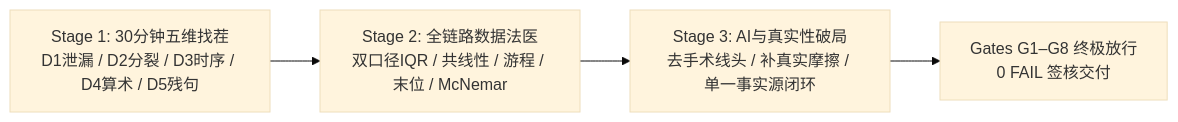
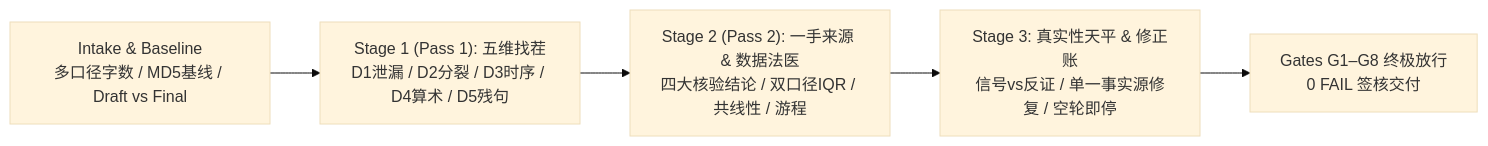
The diagram in README.md (jhuang-edu/academic-paper-challenger), drawn with Mermaid (base theme) before and after one commit. The commit also changed other lines of this file and 8 other files, not shown here.

````diff
--- a/README.md
+++ b/README.md
@@ -85,6 +75,7 @@
 ```mermaid
 flowchart LR
-    S1["Stage 1: 30分钟五维找茬<br/>D1泄漏 / D2分裂 / D3时序 / D4算术 / D5残句"] --> S2["Stage 2: 全链路数据法医<br/>双口径IQR / 共线性 / 游程 / 末位 / McNemar"]
-    S2 --> S3["Stage 3: AI与真实性破局<br/>去手术线头 / 补真实摩擦 / 单一事实源闭环"]
+    S0["Intake & Baseline<br/>多口径字数 / MD5基线 / Draft vs Final"] --> S1["Stage 1 (Pass 1): 五维找茬<br/>D1泄漏 / D2分裂 / D3时序 / D4算术 / D5残句"]
+    S1 --> S2["Stage 2 (Pass 2): 一手来源 & 数据法医<br/>四大核验结论 / 双口径IQR / 共线性 / 游程"]
+    S2 --> S3["Stage 3: 真实性天平 & 修正账<br/>信号vs反证 / 单一事实源修复 / 空轮即停"]
     S3 --> G["Gates G1–G8 终极放行<br/>0 FAIL 签核交付"]
 ```
````
